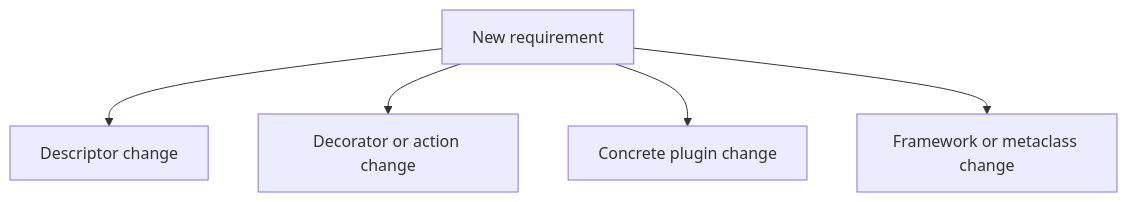
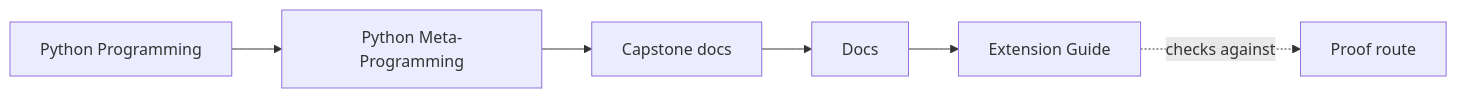
The first of 2 diagrams in programs/python-programming/python-meta-programming/capstone/docs/extension-guide.md (bijux/bijux-masterclass), drawn with Mermaid before and after one commit. The commit also changed other lines of this file and 91 other files, not shown here.

Commit message:
docs(python-meta-programming): map advanced runtime and capstone surfaces

````diff
--- a/programs/python-programming/python-meta-programming/capstone/docs/extension-guide.md
+++ b/programs/python-programming/python-meta-programming/capstone/docs/extension-guide.md
@@ -7,7 +7,12 @@
 ```mermaid
-graph TD
-  need["New requirement"] --> field["Descriptor change"]
-  need --> action["Decorator or action change"]
-  need --> plugin["Concrete plugin change"]
-  need --> framework["Framework or metaclass change"]
+graph LR
+  family["Python Programming"]
+  program["Python Meta-Programming"]
+  guide["Capstone docs"]
+  section["Docs"]
+  page["Extension Guide"]
+  proof["Proof route"]
+
+  family --> program --> guide --> section --> page
+  page -.checks against.-> proof
 ```
````
